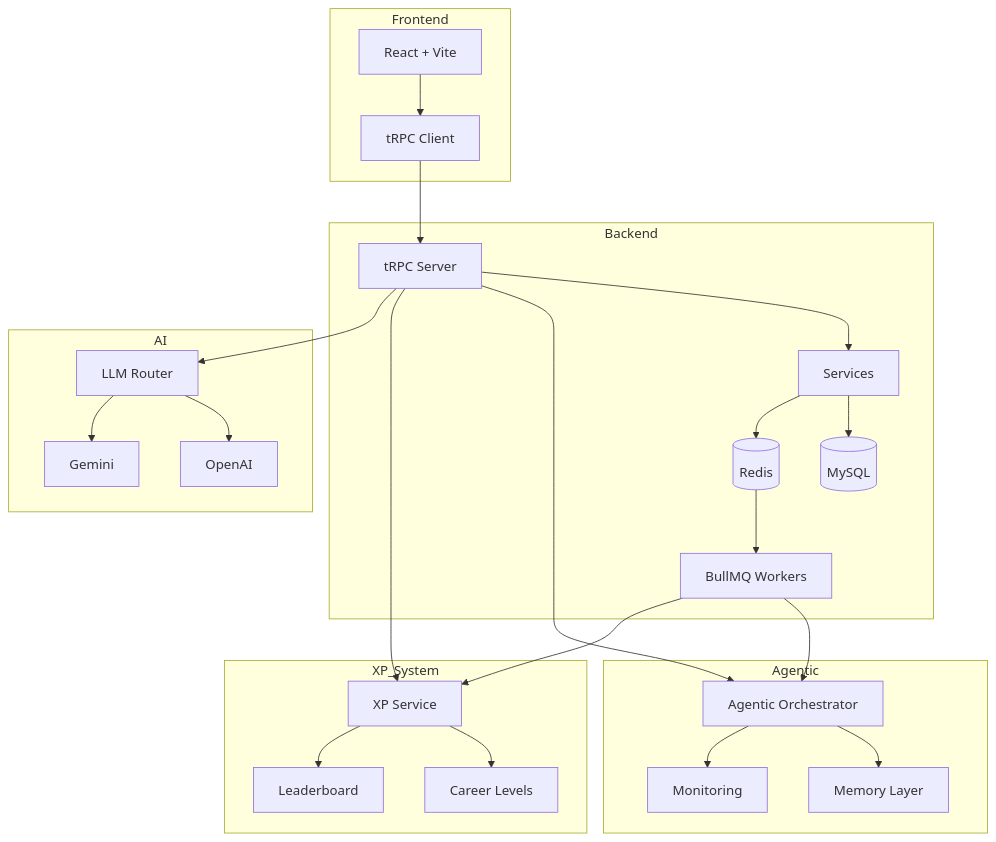
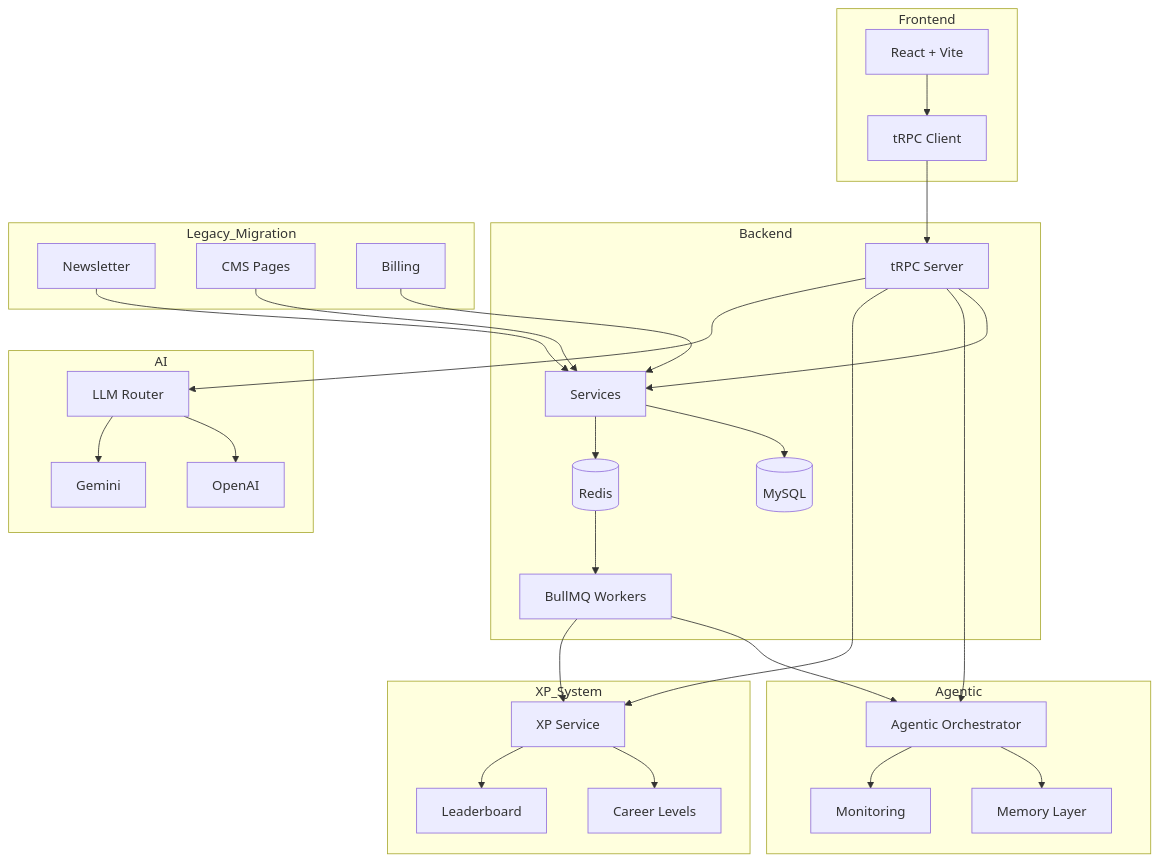
The diagram in README.md (Nexus-HUB57/MMN_AI-to-AI), drawn with Mermaid before and after one commit. The commit also changed other lines of this file, not shown here.

First line of the commit message:
docs: Atualizar README com migração legacy e novos sistemas

````diff
--- a/README.md
+++ b/README.md
@@ -277,41 +342,50 @@
 ```mermaid
 graph TB
     subgraph Frontend
         A[React + Vite] --> B[tRPC Client]
     end
 
     subgraph Backend
         B --> C[tRPC Server]
         C --> D[Services]
         D --> E[(MySQL)]
         D --> F[(Redis)]
         F --> G[BullMQ Workers]
+    end
+
+    subgraph Legacy_Migration
+        N[Newsletter]
+        O[CMS Pages]
+        P[Billing]
+        N --> D
+        O --> D
+        P --> D
     end
 
     subgraph Agentic
         H[Agentic Orchestrator]
         I[Memory Layer]
         J[Monitoring]
         H --> I
         H --> J
     end
 
     subgraph XP_System
         K[XP Service]
         L[Career Levels]
         M[Leaderboard]
         K --> L
         K --> M
     end
 
     subgraph AI
-        N[LLM Router] --> O[OpenAI]
-        N --> P[Gemini]
+        Q[LLM Router] --> R[OpenAI]
+        Q --> S[Gemini]
     end
 
     C --> H
     C --> K
     G --> H
     G --> K
-    C --> N
+    C --> Q
 ```
````
